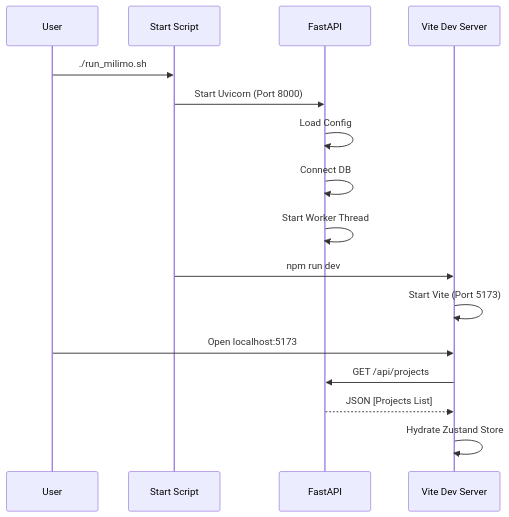
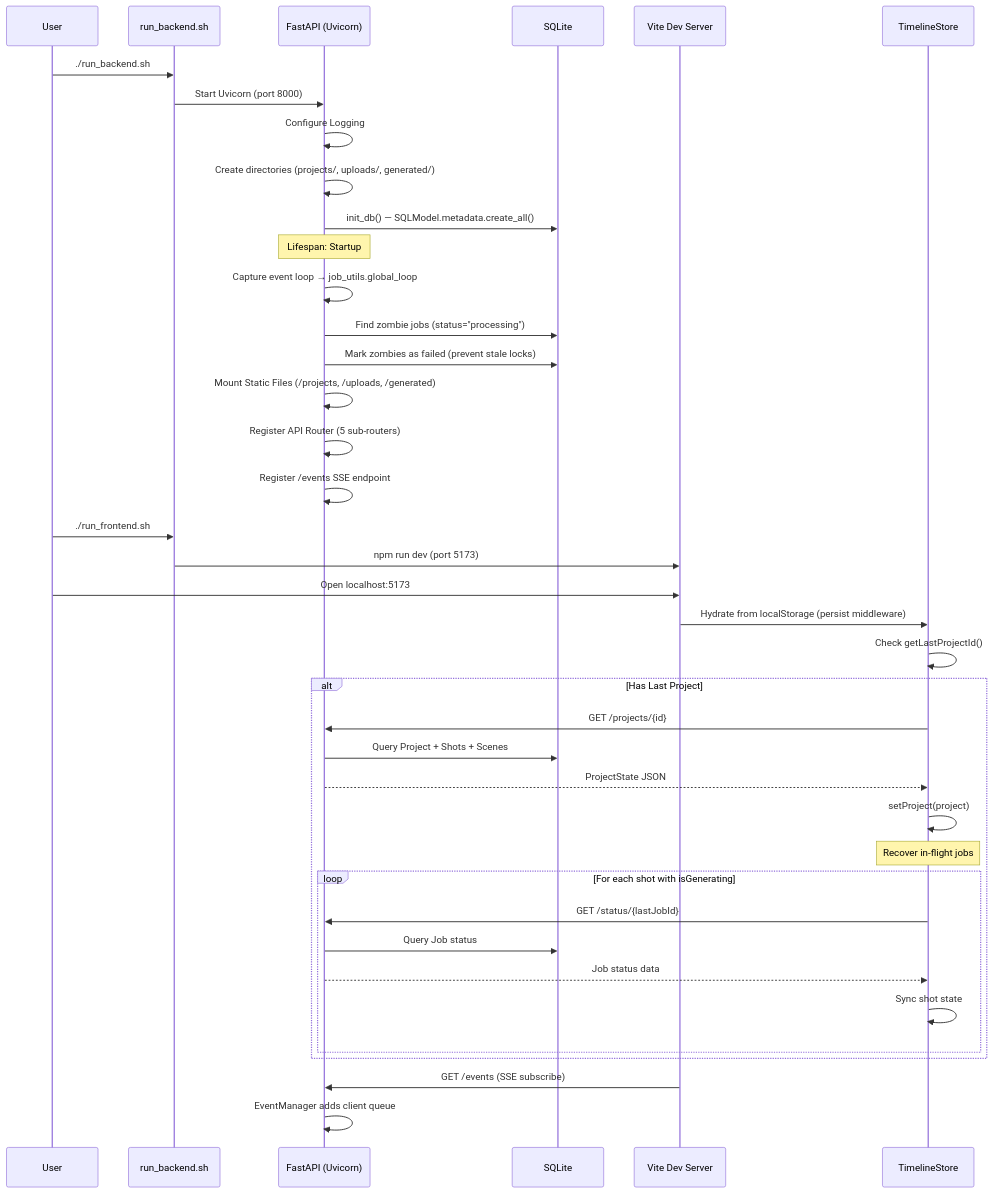
Before and after one commit to mainza-ai/milimovideo: the fifth of 9 diagrams in docs/05_execution_flow.md, drawn with Mermaid. The commit also changed other lines of this file and 14 other files, not shown here.

````diff
--- a/docs/05_execution_flow.md
+++ b/docs/05_execution_flow.md
@@ -49,21 +223,50 @@
 ```mermaid
 sequenceDiagram
     participant User
-    participant Script as Start Script
-    participant API as FastAPI
+    participant Script as run_backend.sh
+    participant API as FastAPI (Uvicorn)
+    participant DB as SQLite
     participant React as Vite Dev Server
+    participant Store as TimelineStore
 
-    User->>Script: ./run_milimo.sh
-    Script->>API: Start Uvicorn (Port 8000)
-    API->>API: Load Config
-    API->>API: Connect DB
-    API->>API: Start Worker Thread
+    User->>Script: ./run_backend.sh
+    Script->>API: Start Uvicorn (port 8000)
     
-    Script->>React: npm run dev
-    React->>React: Start Vite (Port 5173)
+    API->>API: Configure Logging
+    API->>API: Create directories (projects/, uploads/, generated/)
+    API->>DB: init_db() — SQLModel.metadata.create_all()
     
+    Note over API: Lifespan: Startup
+    API->>API: Capture event loop → job_utils.global_loop
+    API->>DB: Find zombie jobs (status="processing")
+    API->>DB: Mark zombies as failed (prevent stale locks)
+    
+    API->>API: Mount Static Files (/projects, /uploads, /generated)
+    API->>API: Register API Router (5 sub-routers)
+    API->>API: Register /events SSE endpoint
+
+    User->>Script: ./run_frontend.sh
+    Script->>React: npm run dev (port 5173)
+
     User->>React: Open localhost:5173
-    React->>API: GET /api/projects
-    API-->>React: JSON [Projects List]
-    React->>React: Hydrate Zustand Store
+    React->>Store: Hydrate from localStorage (persist middleware)
+    Store->>Store: Check getLastProjectId()
+    
+    alt Has Last Project
+        Store->>API: GET /projects/{id}
+        API->>DB: Query Project + Shots + Scenes
+        API-->>Store: ProjectState JSON
+        Store->>Store: setProject(project)
+        
+        Note over Store: Recover in-flight jobs
+        loop For each shot with isGenerating
+            Store->>API: GET /status/{lastJobId}
+            API->>DB: Query Job status
+            API-->>Store: Job status data
+            Store->>Store: Sync shot state
+        end
+    end
+
+    React->>API: GET /events (SSE subscribe)
+    API->>API: EventManager adds client queue
 ```
````
